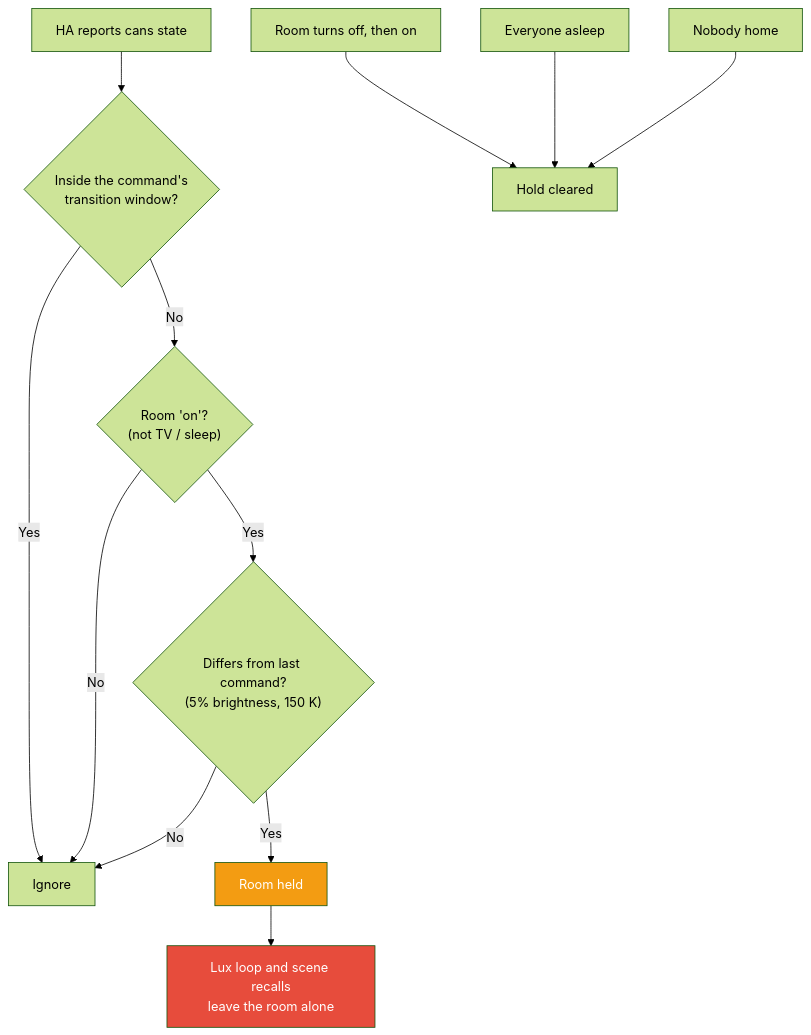
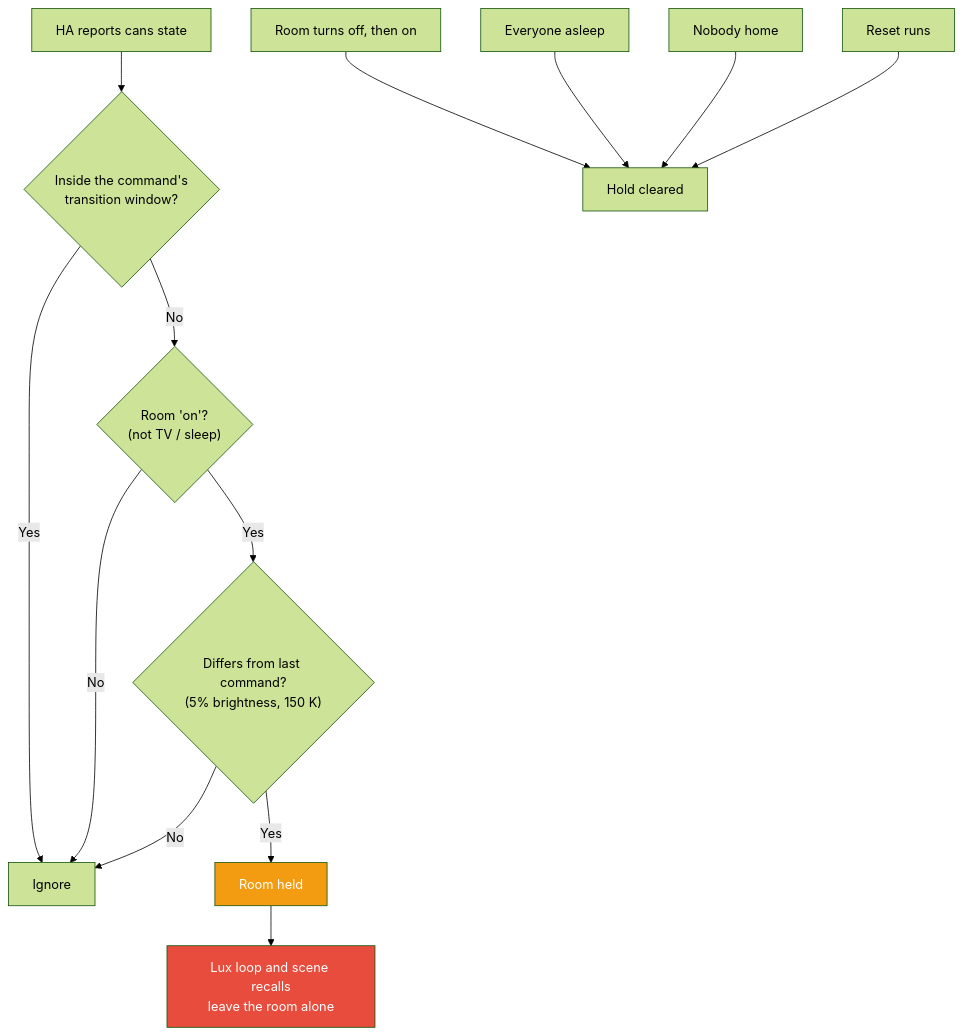
Before and after one commit to NickBorgers/home-automation: the fifth of 7 diagrams in docs/flows/LIGHTING_CONTROL.md, drawn with Mermaid (forest theme). The commit also changed 5 other files, not shown here.

First line of the commit message:
fix(lighting): clear lux hold on reset (#1214)

````diff
--- a/docs/flows/LIGHTING_CONTROL.md
+++ b/docs/flows/LIGHTING_CONTROL.md
@@ -176,19 +176,20 @@
 ```mermaid
 flowchart TD
     report["HA reports cans state"] --> window{"Inside the command's<br/>transition window?"}
     window -->|Yes| ignore["Ignore"]
     window -->|No| owned{"Room 'on'?<br/>(not TV / sleep)"}
     owned -->|No| ignore
     owned -->|Yes| compare{"Differs from last command?<br/>(5% brightness, 150 K)"}
     compare -->|No| ignore
     compare -->|Yes| held["Room held"]
 
     held --> keep["Lux loop and scene recalls<br/>leave the room alone"]
 
     cycle["Room turns off, then on"] --> clear["Hold cleared"]
     asleep["Everyone asleep"] --> clear
     away["Nobody home"] --> clear
+    reset["Reset runs"] --> clear
 
     style held fill:#f39c12,color:#fff
     style keep fill:#e74c3c,color:#fff
 ```
````
